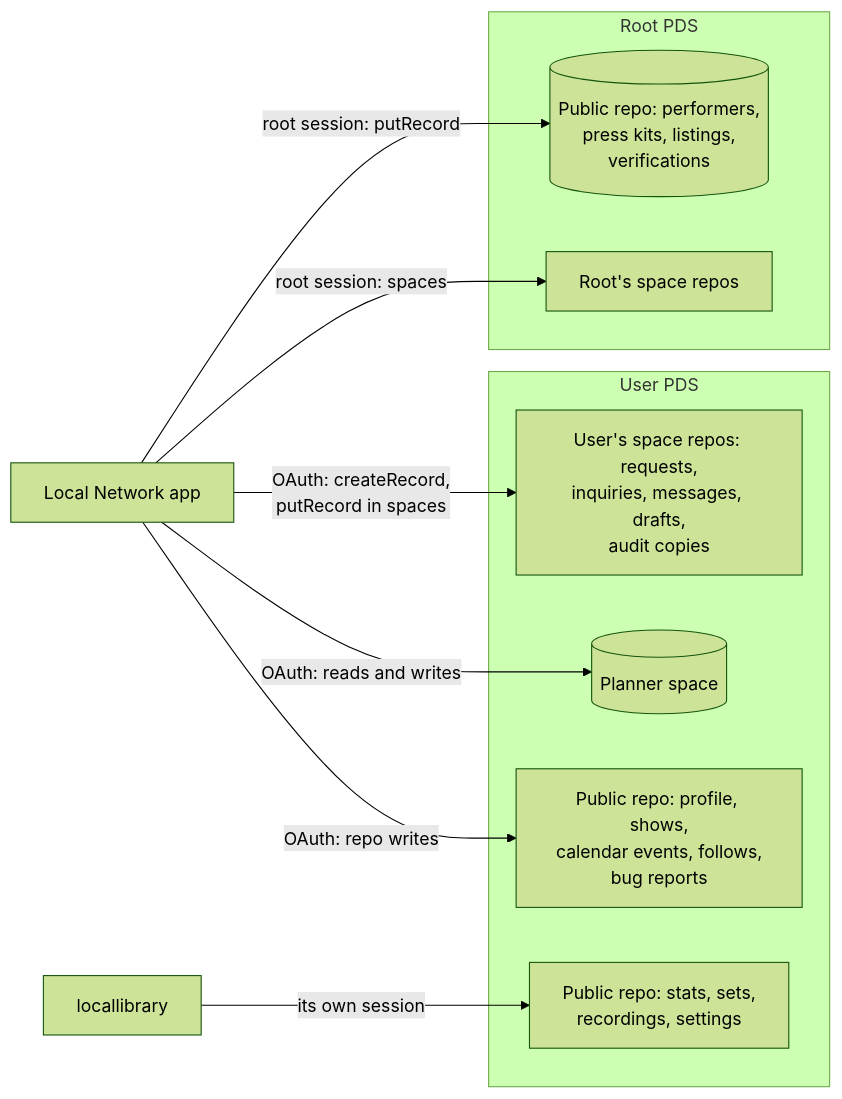
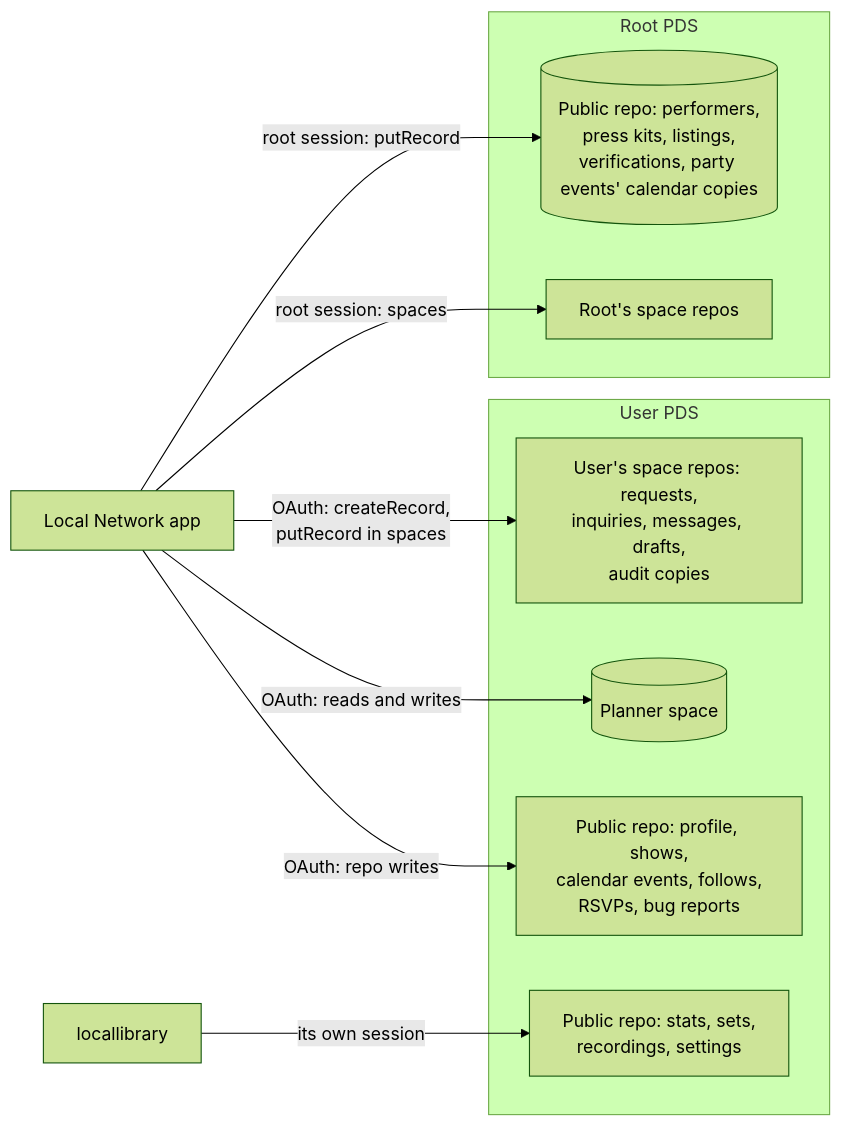
Before and after one commit to cutenode/localnetwork: the first of 11 diagrams in apps/web/README.md, drawn with Mermaid (forest theme). The commit also changed other lines of this file and 38 other files, not shown here.

````diff
--- a/apps/web/README.md
+++ b/apps/web/README.md
@@ -150,21 +150,21 @@
 ```mermaid
 flowchart LR
   App["Local Network app"]
   Tool["locallibrary"]
   subgraph UserPds["User PDS"]
     UR["User's space repos: requests,<br/>inquiries, messages, drafts,<br/>audit copies"]
     PL[("Planner space")]
-    UP["Public repo: profile, shows,<br/>calendar events, follows,<br/>bug reports"]
+    UP["Public repo: profile, shows,<br/>calendar events, follows,<br/>RSVPs, bug reports"]
     DJ["Public repo: stats, sets,<br/>recordings, settings"]
   end
   subgraph RootPds["Root PDS"]
-    PUB[("Public repo: performers,<br/>press kits, listings,<br/>verifications")]
+    PUB[("Public repo: performers,<br/>press kits, listings,<br/>verifications, party events' calendar copies")]
     RS["Root's space repos"]
   end
   App -- "OAuth: createRecord,<br/>putRecord in spaces" --> UR
   App -- "OAuth: reads and writes" --> PL
   App -- "OAuth: repo writes" --> UP
   App -- "root session: putRecord" --> PUB
   App -- "root session: spaces" --> RS
   Tool -- "its own session" --> DJ
 ```
````
